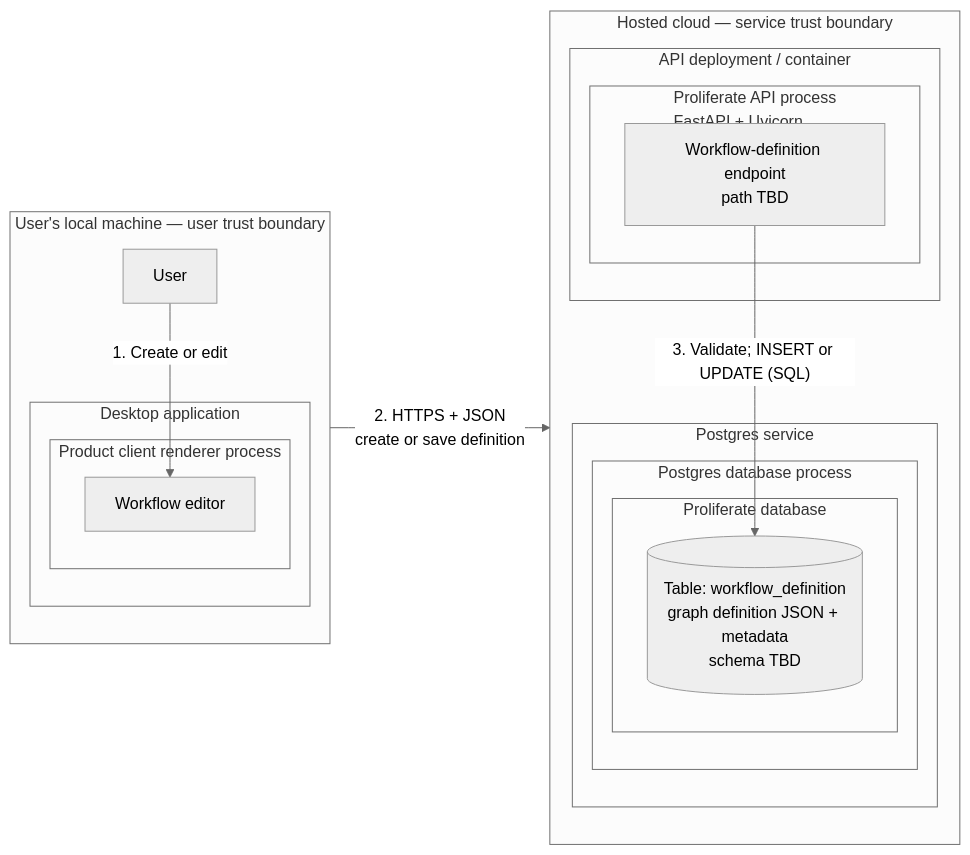
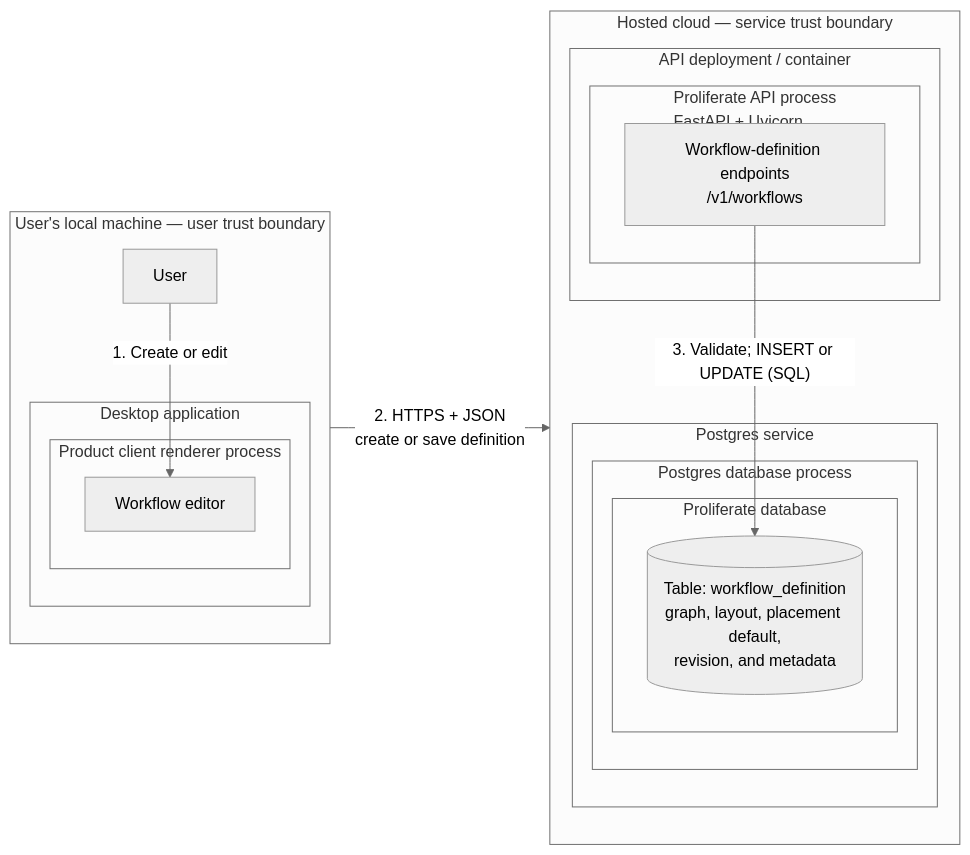
The first of 2 diagrams in adrs/2026-08-07-workflows-v1-launch.md (proliferate-ai/proliferate), drawn with Mermaid (neutral theme) before and after one commit. The commit also changed other lines of this file, not shown here.

Commit message:
docs(adrs): update workflows adr

````diff
--- a/adrs/2026-08-07-workflows-v1-launch.md
+++ b/adrs/2026-08-07-workflows-v1-launch.md
@@ -393,35 +428,35 @@
 ```mermaid
 flowchart LR
     subgraph local["User's local machine — user trust boundary"]
         direction TB
         user["User"]
 
         subgraph desktop["Desktop application"]
             subgraph renderer["Product client renderer process"]
                 editor["Workflow editor"]
             end
         end
     end
 
     subgraph hosted["Hosted cloud — service trust boundary"]
         direction TB
 
         subgraph api_container["API deployment / container"]
             subgraph api_process["Proliferate API process<br/>FastAPI + Uvicorn"]
-                definition_endpoint["Workflow-definition endpoint<br/>path TBD"]
+                definition_endpoint["Workflow-definition endpoints<br/>/v1/workflows"]
             end
         end
 
         subgraph postgres_service["Postgres service"]
             subgraph postgres_process["Postgres database process"]
                 subgraph database["Proliferate database"]
-                    definitions[("Table: workflow_definition<br/>graph definition JSON + metadata<br/>schema TBD")]
+                    definitions[("Table: workflow_definition<br/>graph, layout, placement default,<br/>revision, and metadata")]
                 end
             end
         end
     end
 
     user -->|"1. Create or edit"| editor
     editor -->|"2. HTTPS + JSON<br/>create or save definition"| definition_endpoint
     definition_endpoint -->|"3. Validate; INSERT or UPDATE (SQL)"| definitions
 ```
````
